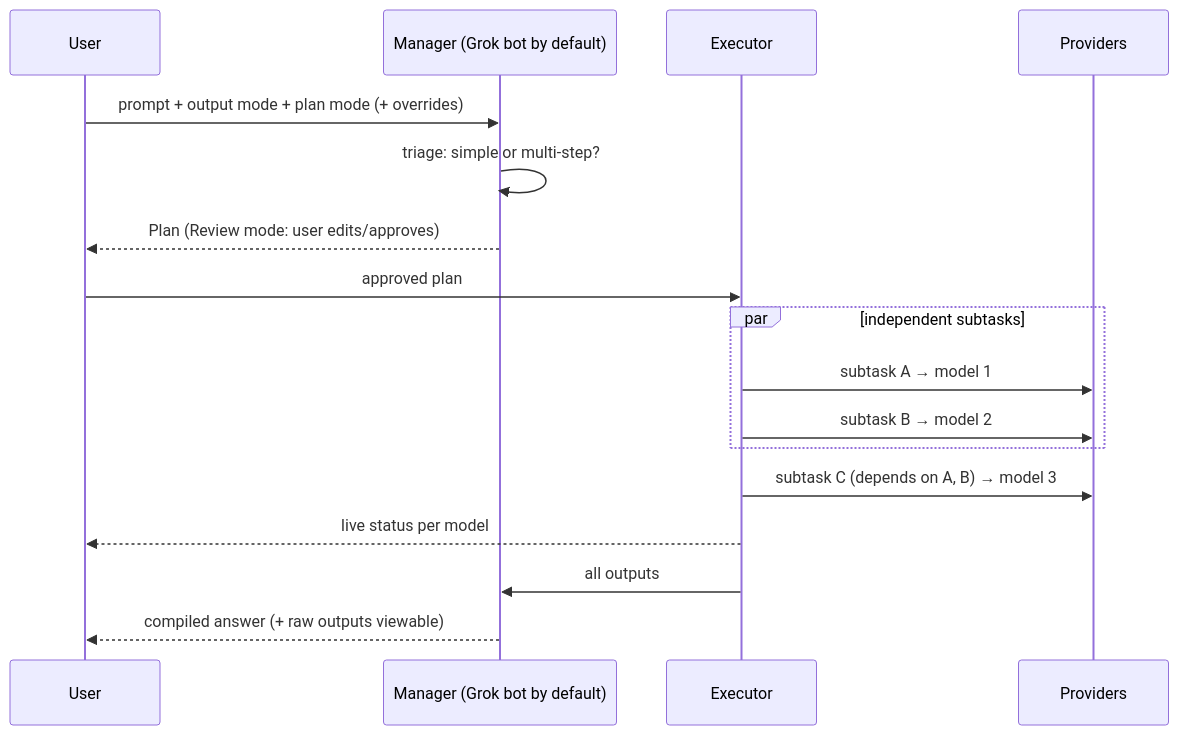
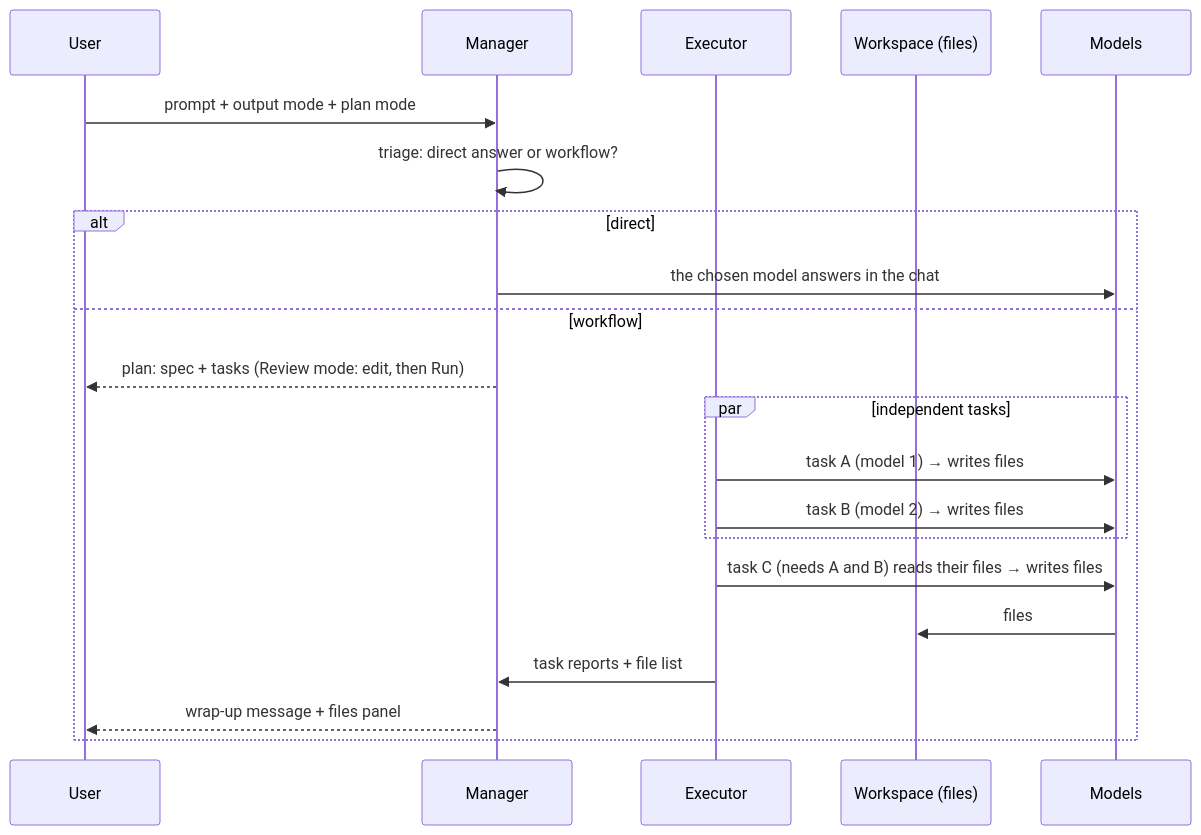
The diagram in docs/03-orchestration.md (JamesKLadd/ultimatellm), drawn with Mermaid before and after one commit. The commit also changed other lines of this file and 5 other files, not shown here.

First line of the commit message:
Replan Phase 1 around the workflow manager

````diff
--- a/docs/03-orchestration.md
+++ b/docs/03-orchestration.md
@@ -5,19 +21,23 @@
 ```mermaid
 sequenceDiagram
   participant U as User
-  participant G as Manager (Grok bot by default)
+  participant M as Manager
   participant X as Executor
-  participant P as Providers
-  U->>G: prompt + output mode + plan mode (+ overrides)
-  G->>G: triage: simple or multi-step?
-  G-->>U: Plan (Review mode: user edits/approves)
-  U->>X: approved plan
-  par independent subtasks
-    X->>P: subtask A → model 1
-    X->>P: subtask B → model 2
+  participant W as Workspace (files)
+  participant P as Models
+  U->>M: prompt + output mode + plan mode
+  M->>M: triage: direct answer or workflow?
+  alt direct
+    M->>P: the chosen model answers in the chat
+  else workflow
+    M-->>U: plan: spec + tasks (Review mode: edit, then Run)
+    par independent tasks
+      X->>P: task A (model 1) → writes files
+      X->>P: task B (model 2) → writes files
+    end
+    X->>P: task C (needs A and B) reads their files → writes files
+    P->>W: files
+    X->>M: task reports + file list
+    M-->>U: wrap-up message + files panel
   end
-  X->>P: subtask C (depends on A, B) → model 3
-  X-->>U: live status per model
-  X->>G: all outputs
-  G-->>U: compiled answer (+ raw outputs viewable)
 ```
````
